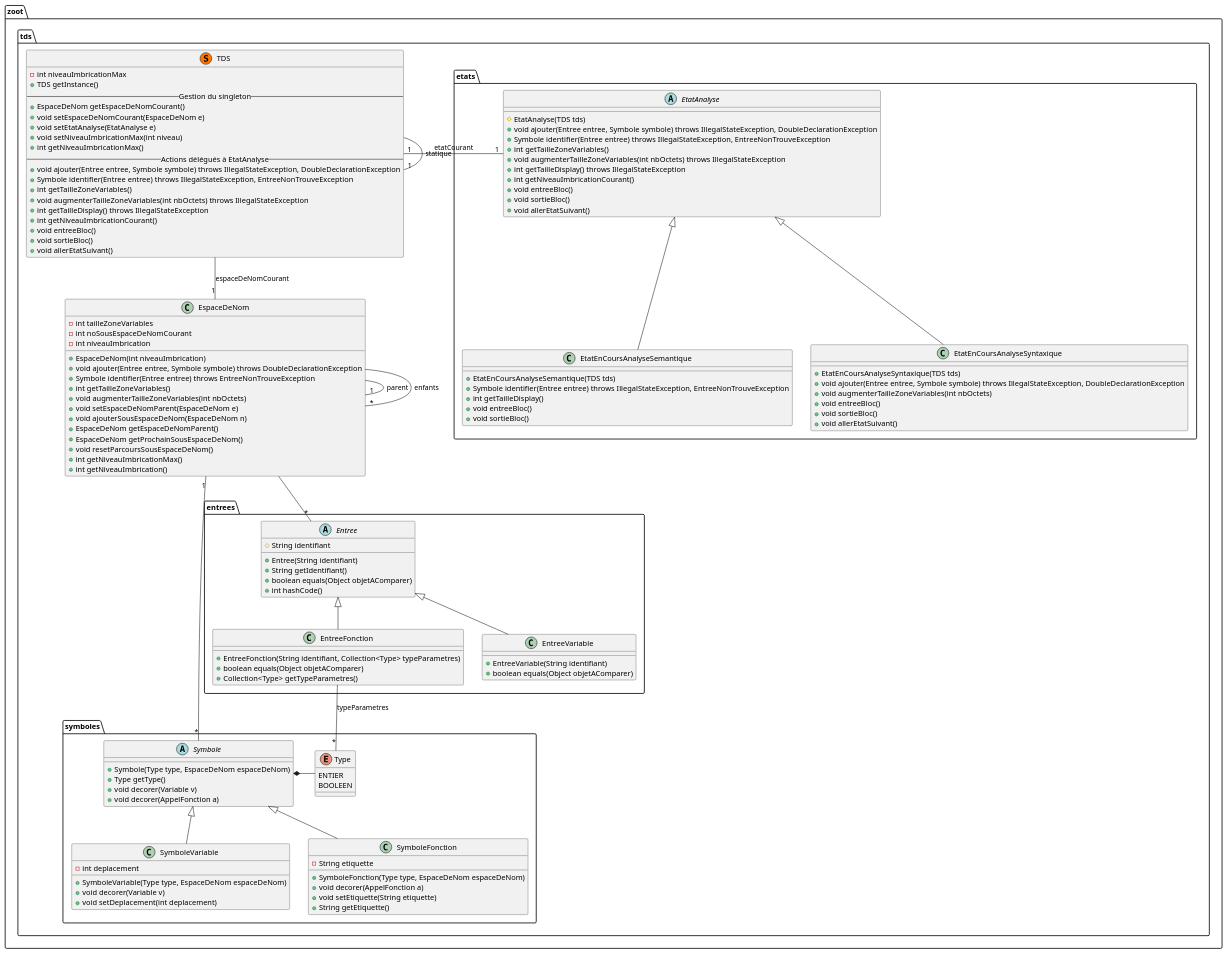
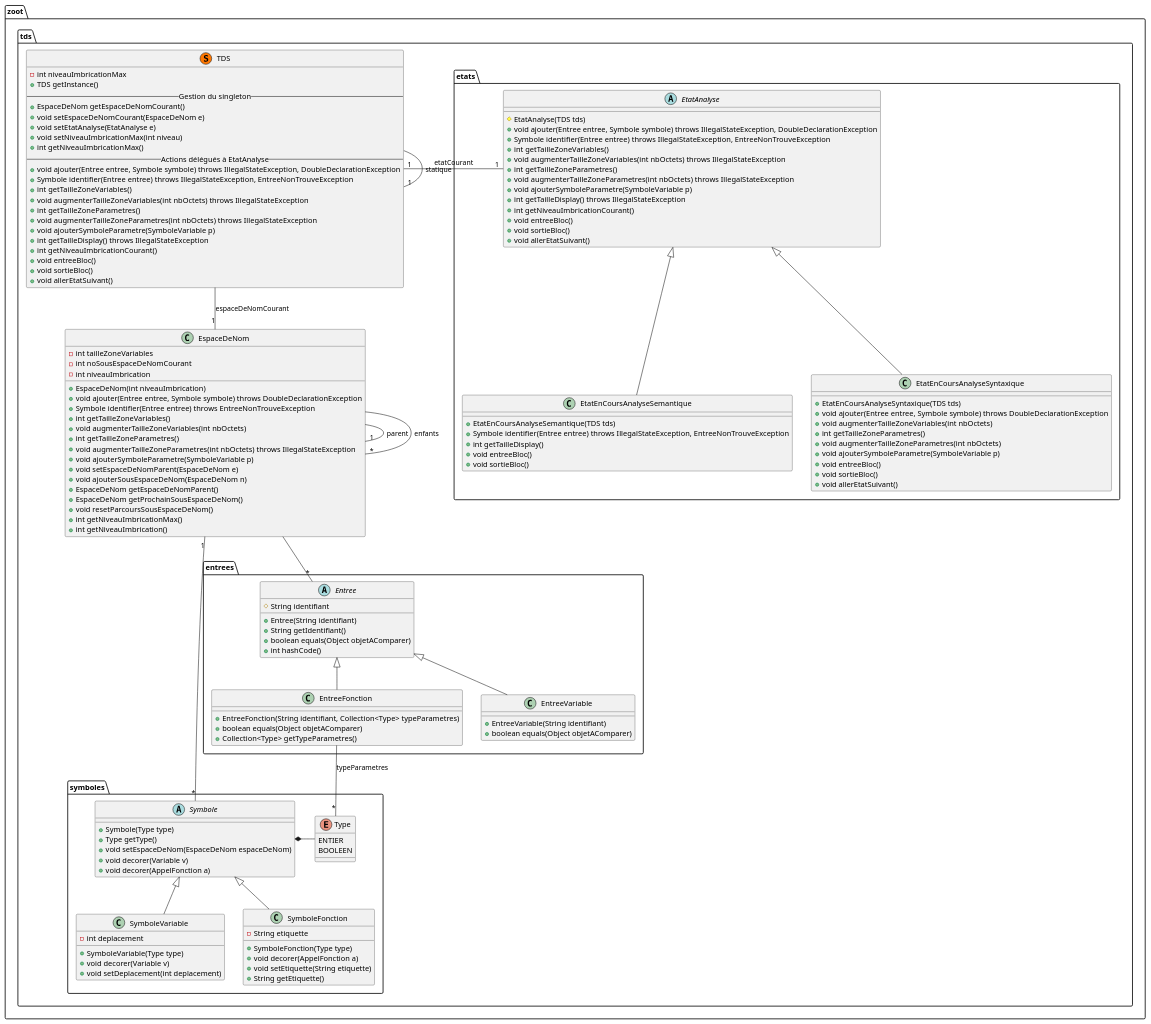
The diagram in diagrammes/classe/tds.puml (lmtb06/zoot), drawn with PlantUML before and after one commit. The commit also changed 1 other file, not shown here.

Commit message:
Mise à jour du diagramme de classes pour zoot3
# Détails:
 - Les AppelFonction conservent désormais la liste des paramètres
 - Les symboles utilisent des setter plutôt que l'injection de dépendances pour leur espace de nom (pour faciliter la génération de code)
 - Ajout des fonctions pour la gestion des parametres au niveau de la TDS, de EspaceDeNom et des EtatAnalyse

```diff
--- a/diagrammes/classe/tds.puml
+++ b/diagrammes/classe/tds.puml
@@ -1,147 +1,160 @@
 @startuml "tds"
 
 namespace zoot.tds {
   ' Includes
 
   ' Classes
   class TDS << (S,#FF7700) >> {
     - int niveauImbricationMax
     + TDS getInstance()
     -- Gestion du singleton --
     + EspaceDeNom getEspaceDeNomCourant()
     + void setEspaceDeNomCourant(EspaceDeNom e)
     + void setEtatAnalyse(EtatAnalyse e)
     + void setNiveauImbricationMax(int niveau)
     + int getNiveauImbricationMax()
     -- Actions délégués à EtatAnalyse --
     + void ajouter(Entree entree, Symbole symbole) throws IllegalStateException, DoubleDeclarationException
     + Symbole identifier(Entree entree) throws IllegalStateException, EntreeNonTrouveException
     + int getTailleZoneVariables()
     + void augmenterTailleZoneVariables(int nbOctets) throws IllegalStateException
+    + int getTailleZoneParametres()
+    + void augmenterTailleZoneParametres(int nbOctets) throws IllegalStateException
+    + void ajouterSymboleParametre(SymboleVariable p)
     + int getTailleDisplay() throws IllegalStateException
     + int getNiveauImbricationCourant()
     + void entreeBloc()
     + void sortieBloc()
     + void allerEtatSuivant()
   }
 
   class EspaceDeNom {
     - int tailleZoneVariables
     - int noSousEspaceDeNomCourant
     - int niveauImbrication
     + EspaceDeNom(int niveauImbrication)
     + void ajouter(Entree entree, Symbole symbole) throws DoubleDeclarationException
     + Symbole identifier(Entree entree) throws EntreeNonTrouveException
     + int getTailleZoneVariables()
     + void augmenterTailleZoneVariables(int nbOctets)
+    + int getTailleZoneParametres()
+    + void augmenterTailleZoneParametres(int nbOctets) throws IllegalStateException
+    + void ajouterSymboleParametre(SymboleVariable p)
     + void setEspaceDeNomParent(EspaceDeNom e)
     + void ajouterSousEspaceDeNom(EspaceDeNom n)
     + EspaceDeNom getEspaceDeNomParent()
     + EspaceDeNom getProchainSousEspaceDeNom()
     + void resetParcoursSousEspaceDeNom()
     + int getNiveauImbricationMax()
     + int getNiveauImbrication()
   }
 
   namespace etats {
     abstract EtatAnalyse {
       # EtatAnalyse(TDS tds)
       + void ajouter(Entree entree, Symbole symbole) throws IllegalStateException, DoubleDeclarationException
       + Symbole identifier(Entree entree) throws IllegalStateException, EntreeNonTrouveException
       + int getTailleZoneVariables()
       + void augmenterTailleZoneVariables(int nbOctets) throws IllegalStateException
+      + int getTailleZoneParametres()
+      + void augmenterTailleZoneParametres(int nbOctets) throws IllegalStateException
+      + void ajouterSymboleParametre(SymboleVariable p)
       + int getTailleDisplay() throws IllegalStateException
       + int getNiveauImbricationCourant()
       + void entreeBloc()
       + void sortieBloc()
       + void allerEtatSuivant()
     }
 
     class EtatEnCoursAnalyseSyntaxique {
       + EtatEnCoursAnalyseSyntaxique(TDS tds)
-      + void ajouter(Entree entree, Symbole symbole) throws IllegalStateException, DoubleDeclarationException
+      + void ajouter(Entree entree, Symbole symbole) throws DoubleDeclarationException
       + void augmenterTailleZoneVariables(int nbOctets)
+      + int getTailleZoneParametres()
+      + void augmenterTailleZoneParametres(int nbOctets)
+      + void ajouterSymboleParametre(SymboleVariable p)
       + void entreeBloc()
       + void sortieBloc()
       + void allerEtatSuivant()
     }
 
     class EtatEnCoursAnalyseSemantique {
       + EtatEnCoursAnalyseSemantique(TDS tds)
       + Symbole identifier(Entree entree) throws IllegalStateException, EntreeNonTrouveException
       + int getTailleDisplay()
       + void entreeBloc()
       + void sortieBloc()
     }
   }
 
 
   namespace entrees {
     abstract class Entree {
       # String identifiant
       + Entree(String identifiant)
       + String getIdentifiant()
       + boolean equals(Object objetAComparer)
       + int hashCode()
     }
 
     class EntreeVariable {
       + EntreeVariable(String identifiant)
       + boolean equals(Object objetAComparer)
     }
 
     class EntreeFonction {
       + EntreeFonction(String identifiant, Collection<Type> typeParametres)
       + boolean equals(Object objetAComparer)
       + Collection<Type> getTypeParametres()
     }
   }
 
   namespace symboles {
     abstract class Symbole {
-      + Symbole(Type type, EspaceDeNom espaceDeNom)
+      + Symbole(Type type)
       + Type getType()
+      + void setEspaceDeNom(EspaceDeNom espaceDeNom)
       + void decorer(Variable v)
       + void decorer(AppelFonction a)
     }
 
     class SymboleVariable {
       - int deplacement
-      + SymboleVariable(Type type, EspaceDeNom espaceDeNom)
+      + SymboleVariable(Type type)
       + void decorer(Variable v)
       + void setDeplacement(int deplacement)
     }
 
     class SymboleFonction {
       - String etiquette
-      + SymboleFonction(Type type, EspaceDeNom espaceDeNom)
+      + SymboleFonction(Type type)
       + void decorer(AppelFonction a)
       + void setEtiquette(String etiquette)
       + String getEtiquette()
     }
 
     enum Type {
       ENTIER
       BOOLEEN
     }
   }
 
   ' Relations entre les classes
   TDS --"1" TDS : statique
   TDS --"1" EspaceDeNom : espaceDeNomCourant
   TDS "1"-left-"1" EtatAnalyse : etatCourant
   EspaceDeNom --"*" Entree
   EspaceDeNom "1"--"*" Symbole
   Symbole *-left- Type
   SymboleVariable -up-|> Symbole
   EntreeVariable -up-|> Entree
   SymboleFonction -up-|> Symbole
   EntreeFonction -up-|> Entree
   EntreeFonction --"*" Type : typeParametres
   EtatEnCoursAnalyseSemantique -up-|> EtatAnalyse
   EtatEnCoursAnalyseSyntaxique -up-|> EtatAnalyse
   EspaceDeNom --"1" EspaceDeNom : parent
   EspaceDeNom --"*" EspaceDeNom : enfants
 }
 
 @enduml
```
